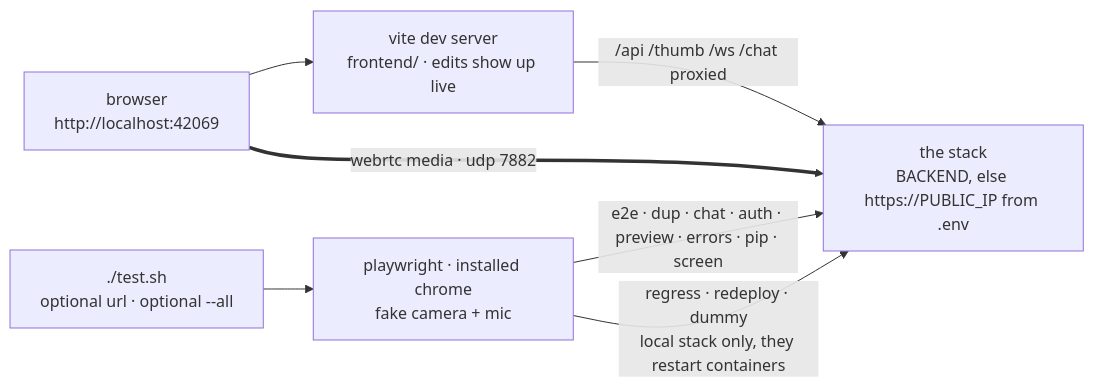
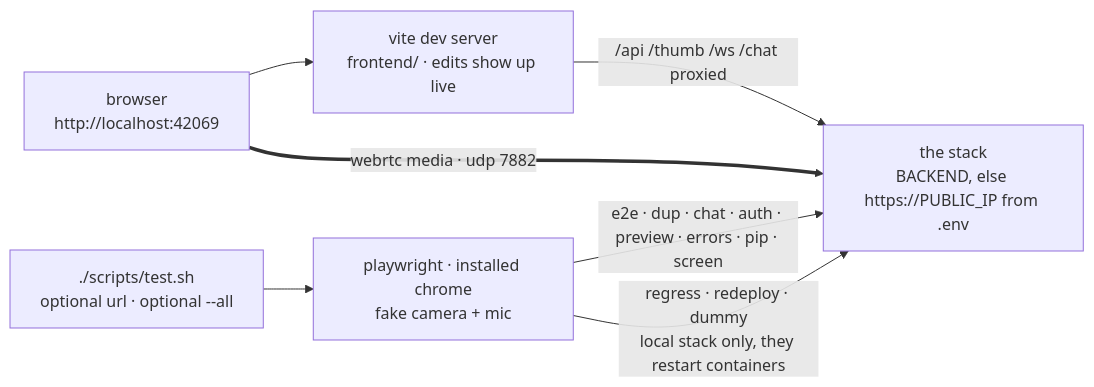
One commit to ZeroNerodaHero/slop-stream-architecture changed the tenth of 10 diagrams in docs/architecture-picture.md. Above: the diagram before and after it, drawn with Mermaid. The commit also changed other lines of this file and 41 other files, not shown here.

````diff
--- a/docs/architecture-picture.md
+++ b/docs/architecture-picture.md
@@ -350,10 +350,10 @@
 ```mermaid
 flowchart LR
   dev["browser<br/>http://localhost:42069"] --> vite["vite dev server<br/>frontend/ · edits show up live"]
   vite -->|"/api /thumb /ws /chat proxied"| stack["the stack<br/>BACKEND, else https://PUBLIC_IP from .env"]
   dev ==>|"webrtc media · udp 7882"| stack
 
-  ts["./test.sh<br/>optional url · optional --all"] --> pw["playwright · installed chrome<br/>fake camera + mic"]
+  ts["./scripts/test.sh<br/>optional url · optional --all"] --> pw["playwright · installed chrome<br/>fake camera + mic"]
   pw -->|"e2e · dup · chat · auth · preview · errors · pip · screen"| stack
   pw -->|"regress · redeploy · dummy<br/>local stack only, they restart containers"| stack
 ```
````
